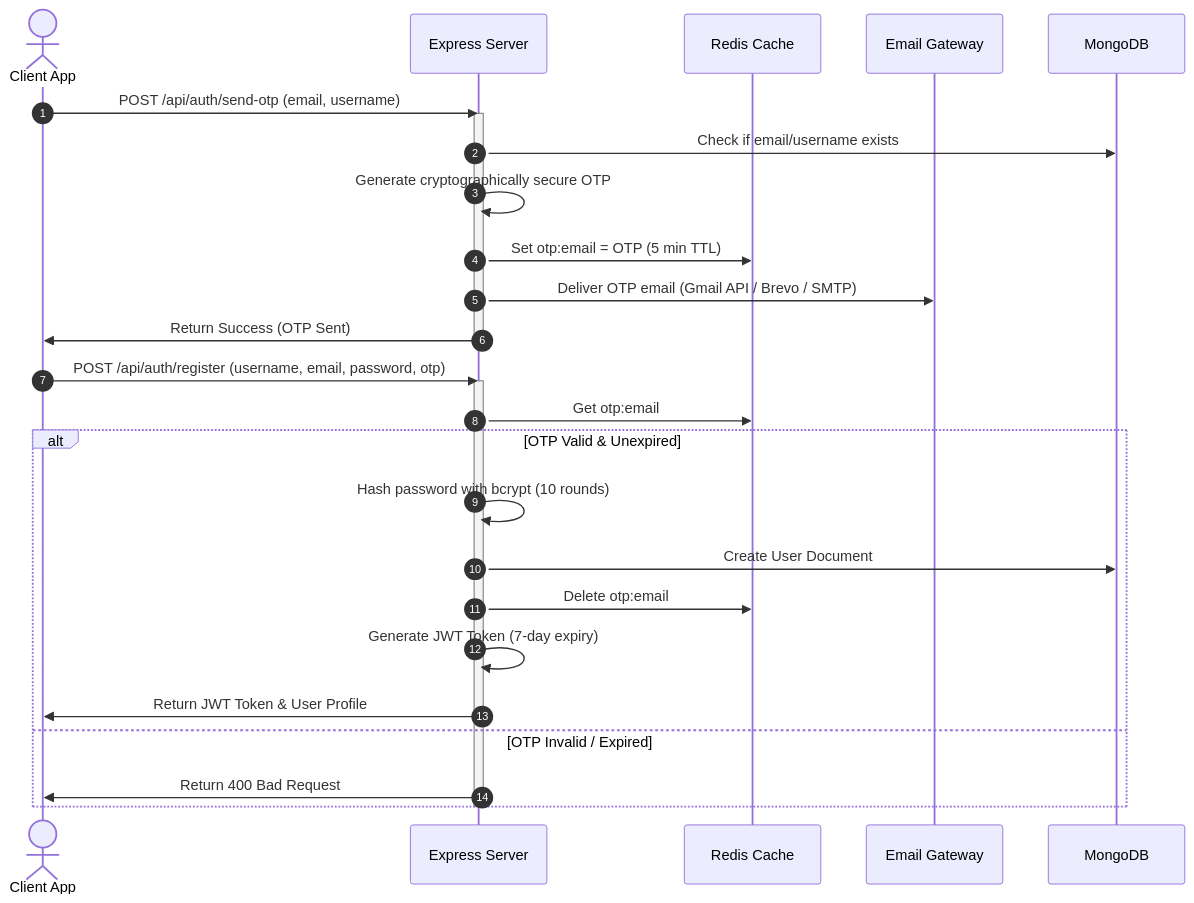
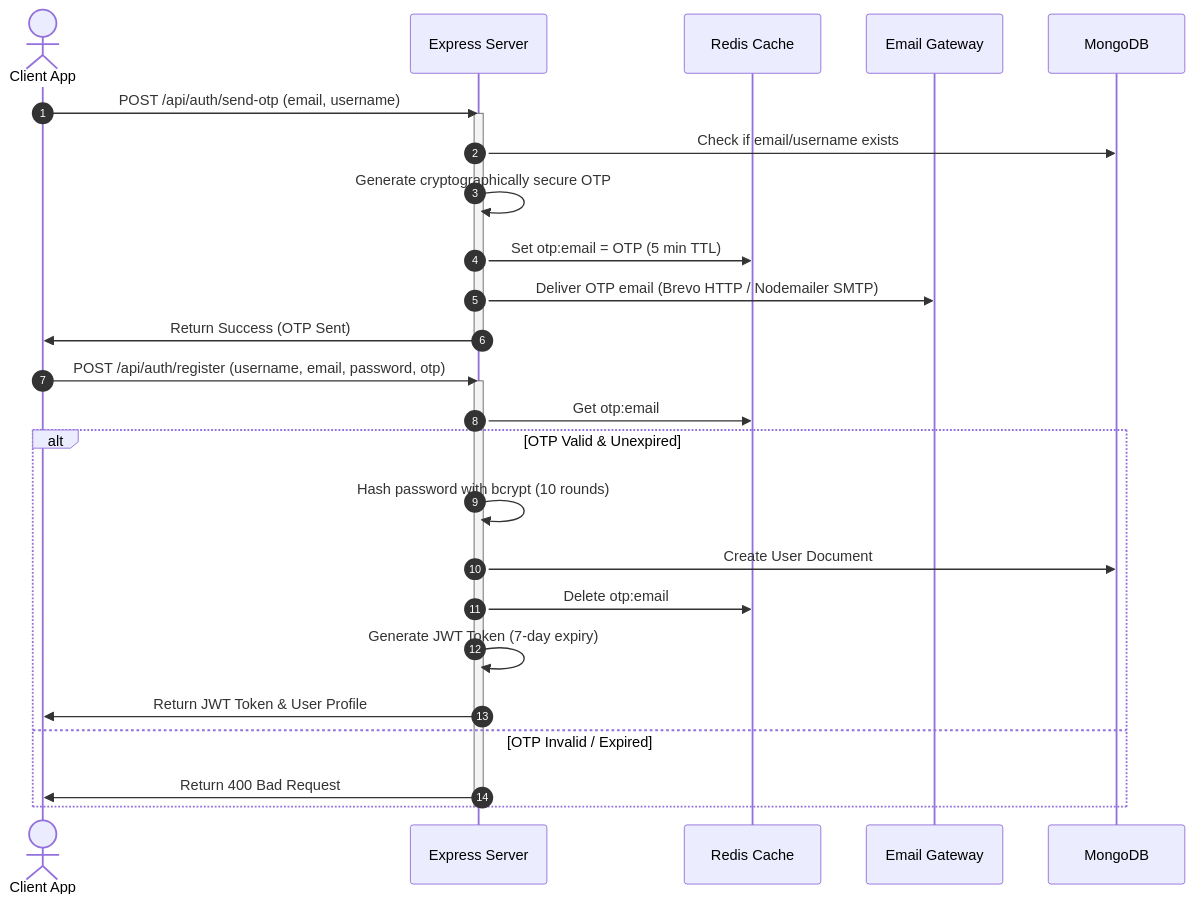
Before and after one commit to SABARITHAN-P/vertex-connect: the diagram in docs/authentication.md, drawn with Mermaid. The commit also changed 3 other files, not shown here.

````diff
--- a/docs/authentication.md
+++ b/docs/authentication.md
@@ -11,32 +11,33 @@
 ```mermaid
 sequenceDiagram
     autonumber
     actor User as Client App
     participant Server as Express Server
     participant Redis as Redis Cache
     participant Email as Email Gateway
     participant DB as MongoDB
     
     User->>Server: POST /api/auth/send-otp (email, username)
     activate Server
     Server->>DB: Check if email/username exists
     Server->>Server: Generate cryptographically secure OTP
     Server->>Redis: Set otp:email = OTP (5 min TTL)
-    Server->>Email: Deliver OTP email (Gmail API / Brevo / SMTP)
+    Server->>Email: Deliver OTP email (Brevo HTTP / Nodemailer SMTP)
+
     Server->>User: Return Success (OTP Sent)
     deactivate Server
     
     User->>Server: POST /api/auth/register (username, email, password, otp)
     activate Server
     Server->>Redis: Get otp:email
     alt OTP Valid & Unexpired
         Server->>Server: Hash password with bcrypt (10 rounds)
         Server->>DB: Create User Document
         Server->>Redis: Delete otp:email
         Server->>Server: Generate JWT Token (7-day expiry)
         Server->>User: Return JWT Token & User Profile
     else OTP Invalid / Expired
         Server->>User: Return 400 Bad Request
     end
     deactivate Server
 ```
````
